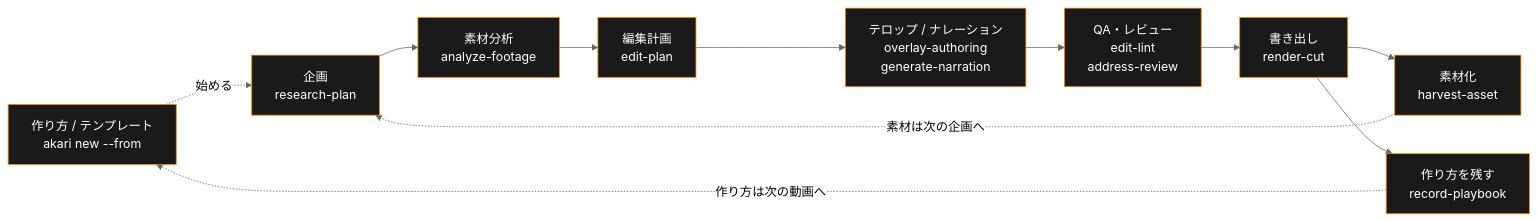
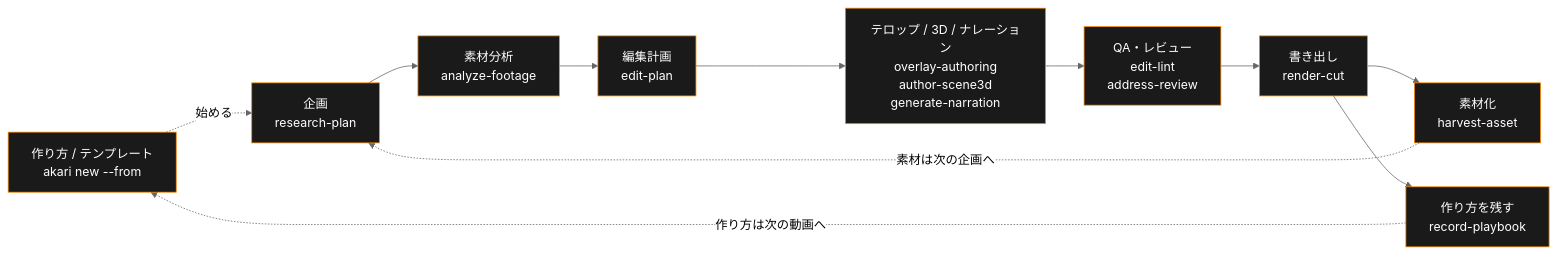
One commit to AkariLabs/akari-video changed the diagram in README.ja.md. Above: the diagram before and after it, drawn with Mermaid (neutral theme). The commit also changed 53 other files, not shown here.

First line of the commit message:
[機能追加] 3D の入口を author-scene3d 1 本にまとめ、bake-3d を改名で畳む

````diff
--- a/README.ja.md
+++ b/README.ja.md
@@ -88,15 +88,15 @@
 ```mermaid
 flowchart LR
     P["作り方 / テンプレート<br/>akari new --from"] -.始める.-> A
     A["企画<br/>research-plan"] --> B["素材分析<br/>analyze-footage"]
     B --> C["編集計画<br/>edit-plan"]
-    C --> D["テロップ / ナレーション<br/>overlay-authoring<br/>generate-narration"]
+    C --> D["テロップ / 3D / ナレーション<br/>overlay-authoring<br/>author-scene3d<br/>generate-narration"]
     D --> E["QA・レビュー<br/>edit-lint<br/>address-review"]
     E --> F["書き出し<br/>render-cut"]
     F --> G["素材化<br/>harvest-asset"]
     F --> H["作り方を残す<br/>record-playbook"]
     G -.素材は次の企画へ.-> A
     H -.作り方は次の動画へ.-> P
     classDef stage fill:#1a1a1a,stroke:#ff8a00,color:#ffffff
     class A,B,C,D,E,F,G,H,P stage
 ```
````
